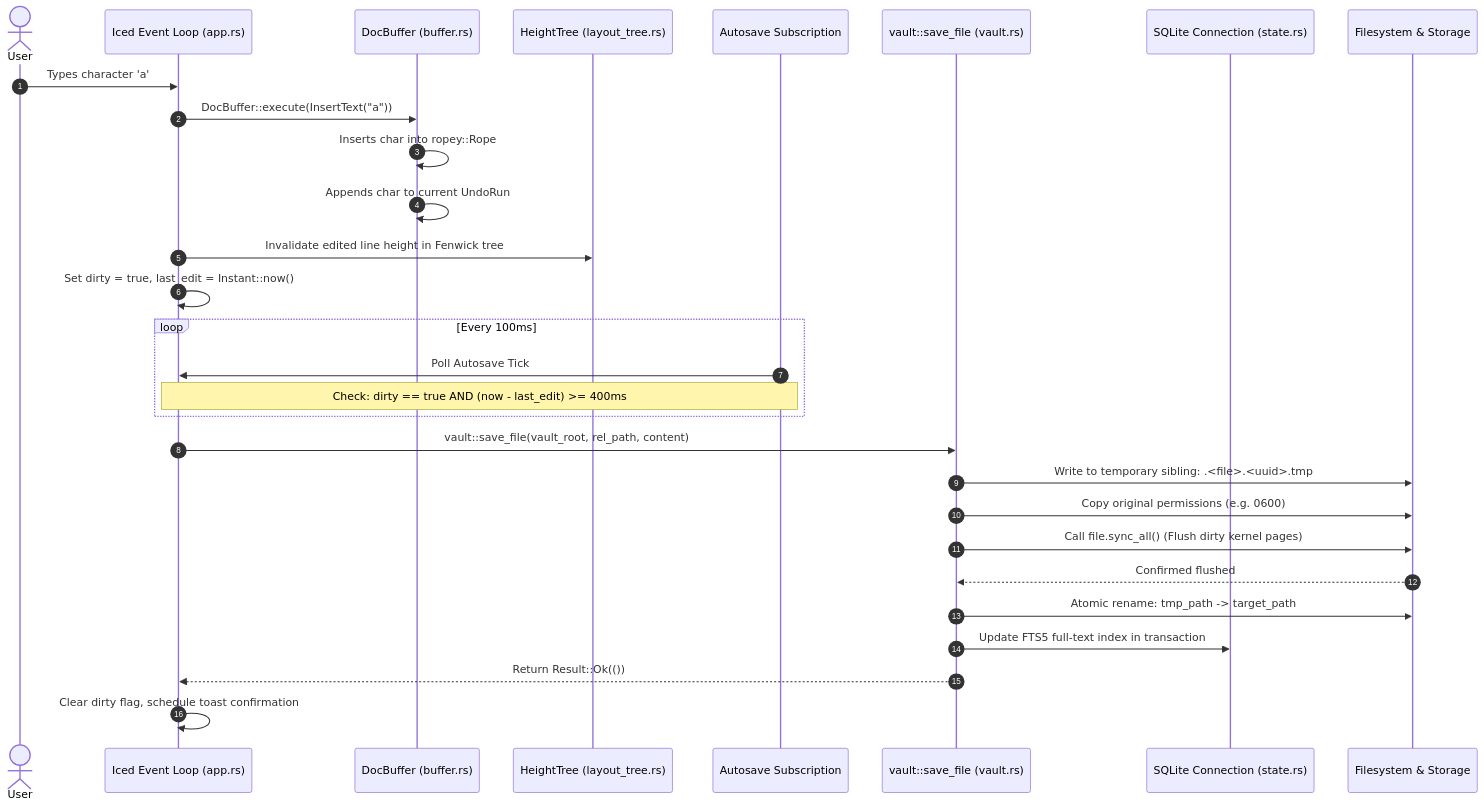
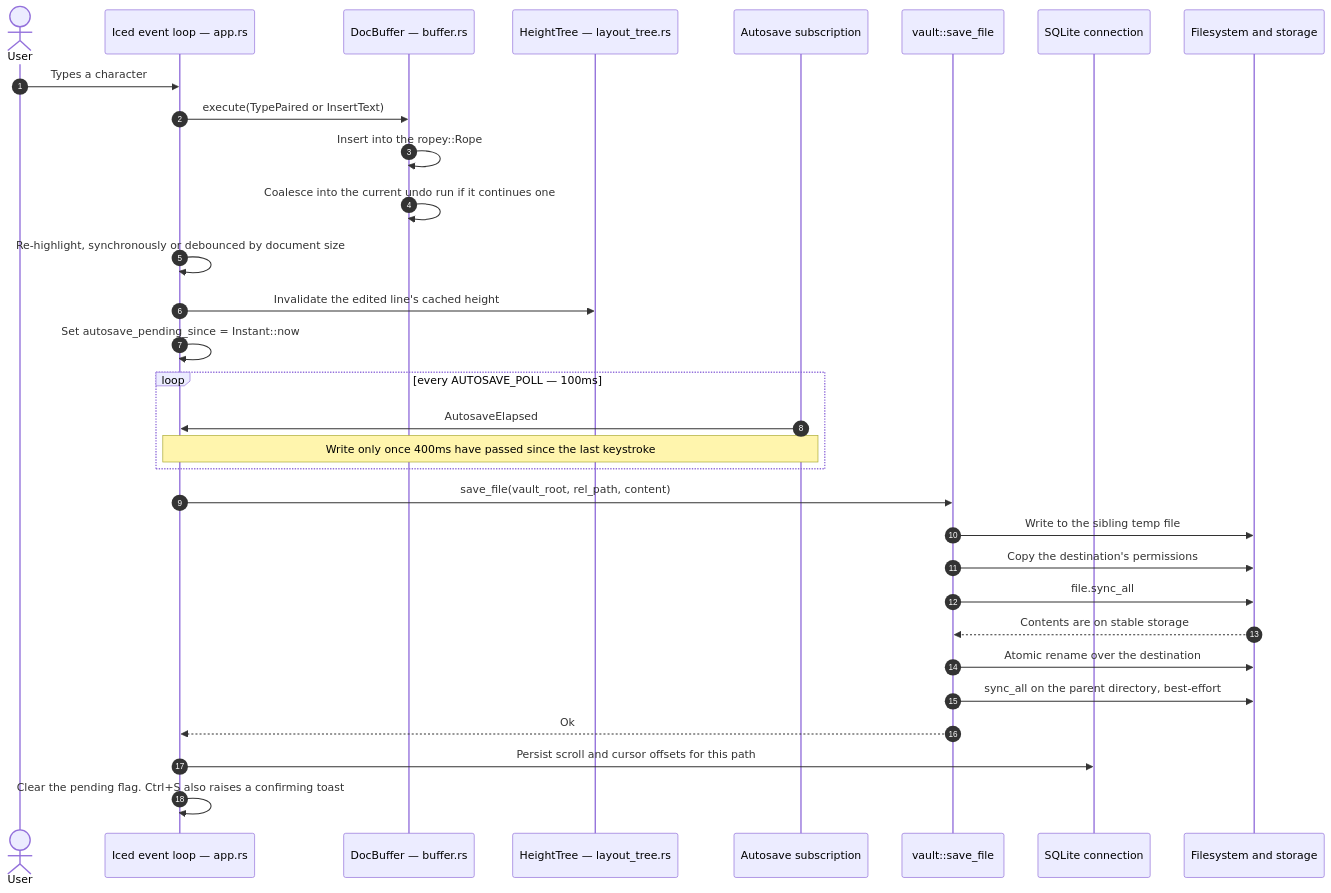
The first of 3 diagrams in wiki/Data-Flows-and-Durability-Invariants.md (Suranjan77/md-editor), drawn with Mermaid before and after one commit. The commit also changed other lines of this file and 24 other files, not shown here.

````diff
--- a/wiki/Data-Flows-and-Durability-Invariants.md
+++ b/wiki/Data-Flows-and-Durability-Invariants.md
@@ -11,34 +12,36 @@
 ```mermaid
 sequenceDiagram
     autonumber
     actor User
-    participant App as Iced Event Loop (app.rs)
-    participant Buf as DocBuffer (buffer.rs)
-    participant Tree as HeightTree (layout_tree.rs)
-    participant Sub as Autosave Subscription
-    participant Vault as vault::save_file (vault.rs)
-    participant SQLite as SQLite Connection (state.rs)
-    participant Disk as Filesystem & Storage
+    participant App as Iced event loop — app.rs
+    participant Buf as DocBuffer — buffer.rs
+    participant Tree as HeightTree — layout_tree.rs
+    participant Sub as Autosave subscription
+    participant Vault as vault::save_file
+    participant SQLite as SQLite connection
+    participant Disk as Filesystem and storage
 
-    User->>App: Types character 'a'
-    App->>Buf: DocBuffer::execute(InsertText("a"))
-    Buf->>Buf: Inserts char into ropey::Rope
-    Buf->>Buf: Appends char to current UndoRun
-    App->>Tree: Invalidate edited line height in Fenwick tree
-    App->>App: Set dirty = true, last_edit = Instant::now()
-    
-    loop Every 100ms
-        Sub->>App: Poll Autosave Tick
-        Note over App,Sub: Check: dirty == true AND (now - last_edit) >= 400ms
+    User->>App: Types a character
+    App->>Buf: execute(TypePaired or InsertText)
+    Buf->>Buf: Insert into the ropey::Rope
+    Buf->>Buf: Coalesce into the current undo run if it continues one
+    App->>App: Re-highlight, synchronously or debounced by document size
+    App->>Tree: Invalidate the edited line's cached height
+    App->>App: Set autosave_pending_since = Instant::now
+
+    loop every AUTOSAVE_POLL — 100ms
+        Sub->>App: AutosaveElapsed
+        Note over App,Sub: Write only once 400ms have passed since the last keystroke
     end
-    
-    App->>Vault: vault::save_file(vault_root, rel_path, content)
-    Vault->>Disk: Write to temporary sibling: .<file>.<uuid>.tmp
-    Vault->>Disk: Copy original permissions (e.g. 0600)
-    Vault->>Disk: Call file.sync_all() (Flush dirty kernel pages)
-    Disk-->>Vault: Confirmed flushed
-    Vault->>Disk: Atomic rename: tmp_path -> target_path
-    Vault->>SQLite: Update FTS5 full-text index in transaction
-    Vault-->>App: Return Result::Ok(())
-    App->>App: Clear dirty flag, schedule toast confirmation
+
+    App->>Vault: save_file(vault_root, rel_path, content)
+    Vault->>Disk: Write to the sibling temp file
+    Vault->>Disk: Copy the destination's permissions
+    Vault->>Disk: file.sync_all
+    Disk-->>Vault: Contents are on stable storage
+    Vault->>Disk: Atomic rename over the destination
+    Vault->>Disk: sync_all on the parent directory, best-effort
+    Vault-->>App: Ok
+    App->>SQLite: Persist scroll and cursor offsets for this path
+    App->>App: Clear the pending flag. Ctrl+S also raises a confirming toast
 ```
````
